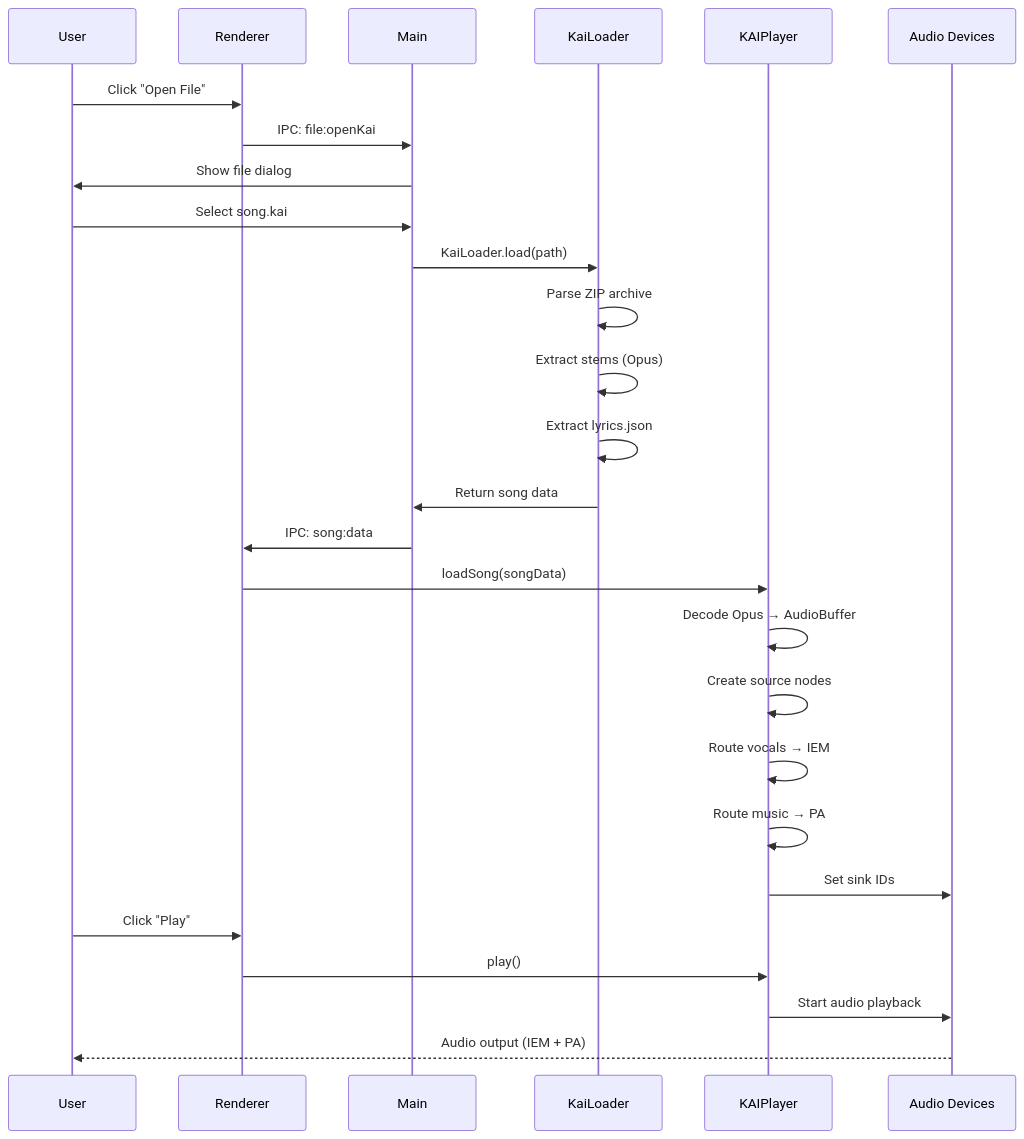
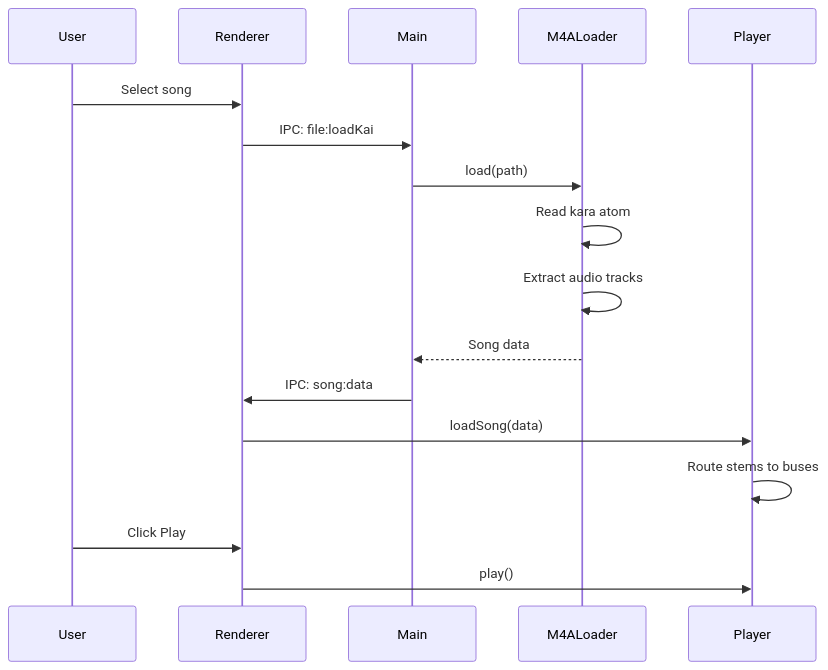
Before and after one commit to monteslu/loukai: the fourth of 5 diagrams in docs/architecture.md, drawn with Mermaid. The commit also changed other lines of this file and 37 other files, not shown here.

````diff
--- a/docs/architecture.md
+++ b/docs/architecture.md
@@ -548,30 +447,20 @@
 ```mermaid
 sequenceDiagram
     participant User
     participant Renderer
     participant Main
-    participant Loader as KaiLoader
-    participant Player as KAIPlayer
-    participant Device as Audio Devices
+    participant M4ALoader
+    participant Player
 
-    User->>Renderer: Click "Open File"
-    Renderer->>Main: IPC: file:openKai
-    Main->>User: Show file dialog
-    User->>Main: Select song.kai
-    Main->>Loader: KaiLoader.load(path)
-    Loader->>Loader: Parse ZIP archive
-    Loader->>Loader: Extract stems (Opus)
-    Loader->>Loader: Extract lyrics.json
-    Loader->>Main: Return song data
+    User->>Renderer: Select song
+    Renderer->>Main: IPC: file:loadKai
+    Main->>M4ALoader: load(path)
+    M4ALoader->>M4ALoader: Read kara atom
+    M4ALoader->>M4ALoader: Extract audio tracks
+    M4ALoader-->>Main: Song data
     Main->>Renderer: IPC: song:data
-    Renderer->>Player: loadSong(songData)
-    Player->>Player: Decode Opus → AudioBuffer
-    Player->>Player: Create source nodes
-    Player->>Player: Route vocals → IEM
-    Player->>Player: Route music → PA
-    Player->>Device: Set sink IDs
-    User->>Renderer: Click "Play"
+    Renderer->>Player: loadSong(data)
+    Player->>Player: Route stems to buses
+    User->>Renderer: Click Play
     Renderer->>Player: play()
-    Player->>Device: Start audio playback
-    Device-->>User: Audio output (IEM + PA)
 ```
````
